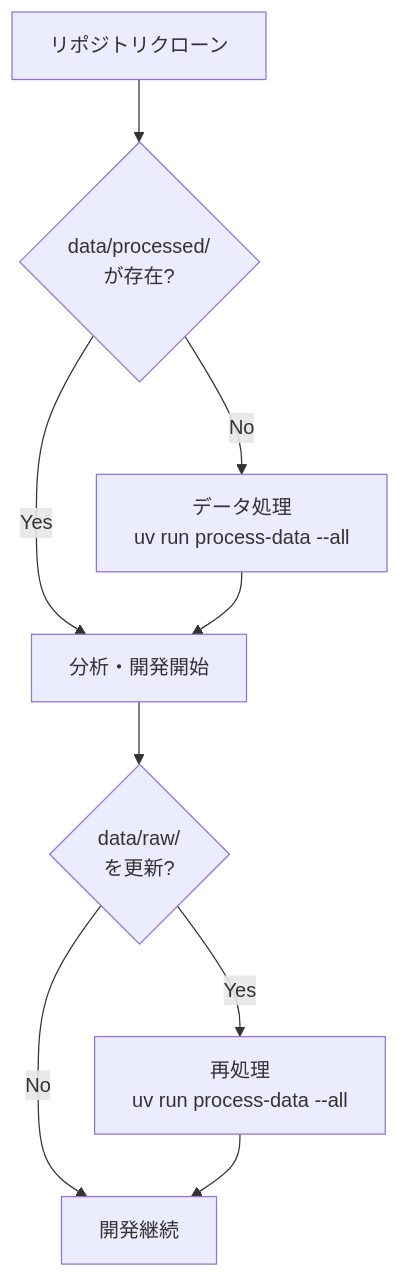
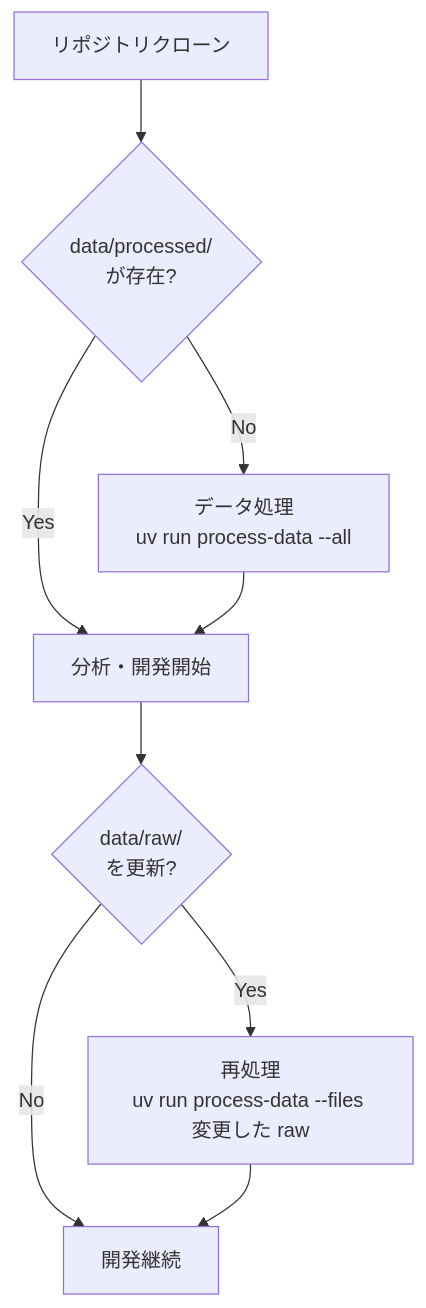
Before and after one commit to kambarakun/fetch-tokyo-idsc-github-actions: the third of 4 diagrams in docs/data_structure_design.md, drawn with Mermaid. The commit also changed other lines of this file and 7 other files, not shown here.

````diff
--- a/docs/data_structure_design.md
+++ b/docs/data_structure_design.md
@@ -253,12 +290,12 @@
 ```mermaid
 flowchart TD
     Clone[リポジトリクローン] --> CheckData{data/processed/<br/>が存在?}
     CheckData -->|No| ProcessLocal[データ処理<br/>uv run process-data --all]
     CheckData -->|Yes| Analysis[分析・開発開始]
     ProcessLocal --> Analysis
 
     Analysis --> UpdateRaw{data/raw/<br/>を更新?}
-    UpdateRaw -->|Yes| Reprocess[再処理<br/>uv run process-data --all]
+    UpdateRaw -->|Yes| Reprocess[再処理<br/>uv run process-data --files 変更した raw]
     UpdateRaw -->|No| Continue[開発継続]
     Reprocess --> Continue
 ```
````
